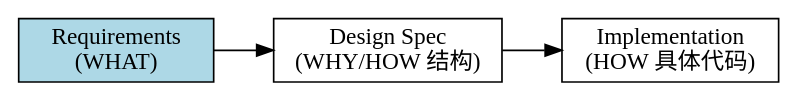
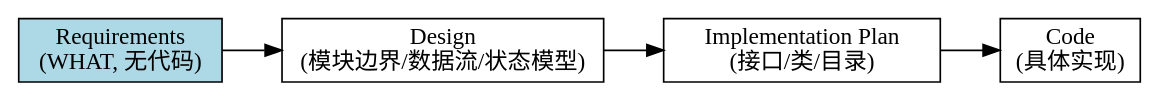
Before and after one commit to marcocpt/trae_skills: the first of 2 diagrams in dd-write-requirements/SKILL.md, drawn with Graphviz. The commit also changed other lines of this file and 1 other file, not shown here.

````diff
--- a/dd-write-requirements/SKILL.md
+++ b/dd-write-requirements/SKILL.md
@@ -73,8 +75,8 @@
 ```dot
-digraph what_vs_how {
+digraph four_layers {
     rankdir=LR;
     node [shape=box];
-    "Requirements\n(WHAT)" -> "Design Spec\n(WHY/HOW 结构)" -> "Implementation\n(HOW 具体代码)";
-    "Requirements\n(WHAT)" [shape=box, style=filled, fillcolor=lightblue];
+    "Requirements\n(WHAT, 无代码)" -> "Design\n(模块边界/数据流/状态模型)" -> "Implementation Plan\n(接口/类/目录)" -> "Code\n(具体实现)";
+    "Requirements\n(WHAT, 无代码)" [shape=box, style=filled, fillcolor=lightblue];
 }
 ```
````
